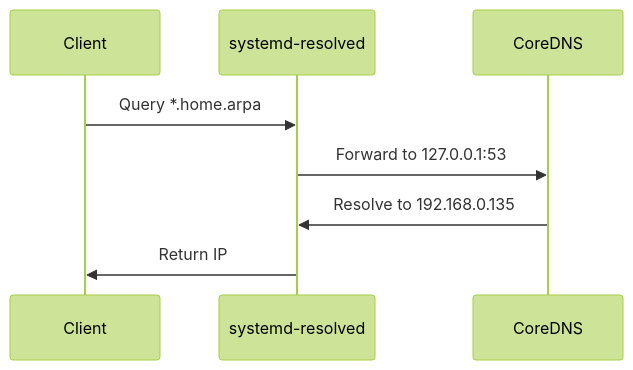
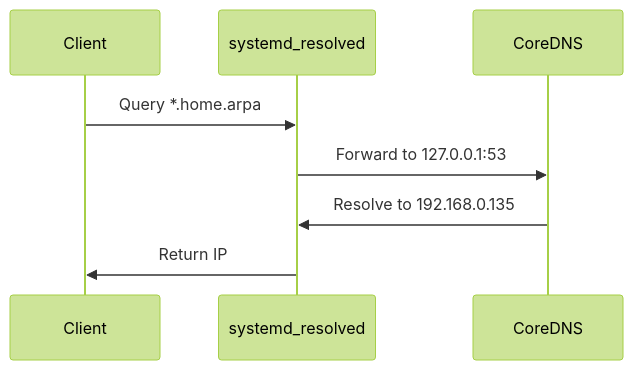
Before and after one commit to HassanTaj/home-lab-server-infra: the third of 3 diagrams in README.md, drawn with Mermaid (forest theme). The commit also changed other lines of this file, not shown here.

````diff
--- a/README.md
+++ b/README.md
@@ -206,10 +206,10 @@
 ```mermaid
 sequenceDiagram
     participant Client
-    participant systemd_resolved as systemd-resolved
+    participant systemd_resolved
     participant CoreDNS
     Client->>systemd_resolved: Query *.home.arpa
     systemd_resolved->>CoreDNS: Forward to 127.0.0.1:53
     CoreDNS->>systemd_resolved: Resolve to 192.168.0.135
     systemd_resolved->>Client: Return IP
 ```
````
